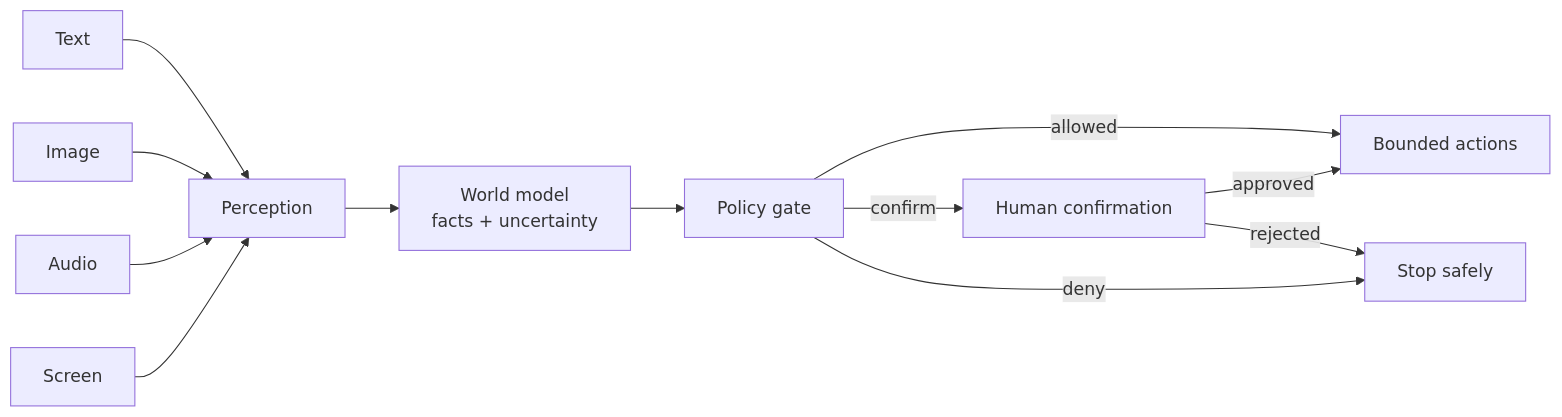
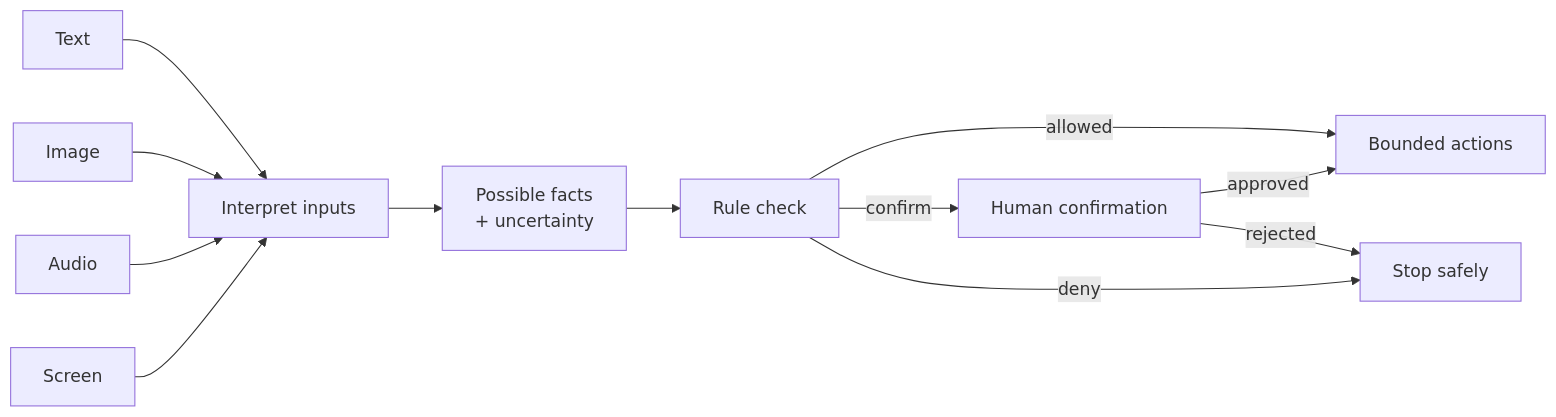
One commit to VikrantSingh01/Agentic_System_Design changed the first of 2 diagrams in modules/03-context-knowledge-memory/chapters/13-multimodal-computer-using-agents.md. Above: the diagram before and after it, drawn with Mermaid. The commit also changed other lines of this file and 5 other files, not shown here.

Commit message:
Improve Module 3 diagram accessibility

````diff
--- a/modules/03-context-knowledge-memory/chapters/13-multimodal-computer-using-agents.md
+++ b/modules/03-context-knowledge-memory/chapters/13-multimodal-computer-using-agents.md
@@ -78,14 +79,14 @@
 ```mermaid
 flowchart LR
-    T[Text] --> P[Perception]
+    T[Text] --> P[Interpret inputs]
     I[Image] --> P
     A[Audio] --> P
     S[Screen] --> P
-    P --> W[World model<br/>facts + uncertainty]
-    W --> R[Policy gate]
+    P --> W[Possible facts<br/>+ uncertainty]
+    W --> R[Rule check]
     R -->|allowed| H[Bounded actions]
     R -->|confirm| C[Human confirmation]
     R -->|deny| X[Stop safely]
     C -->|approved| H
     C -->|rejected| X
 ```
````
